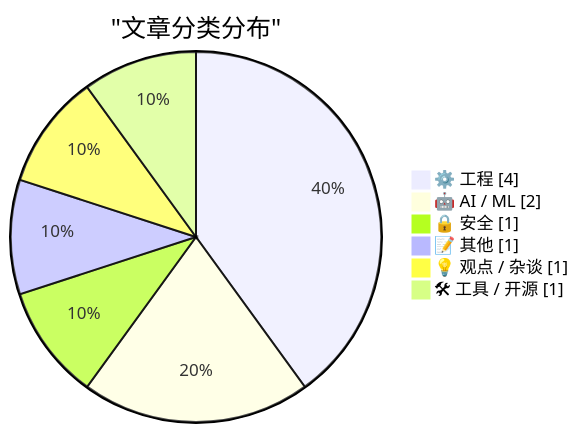
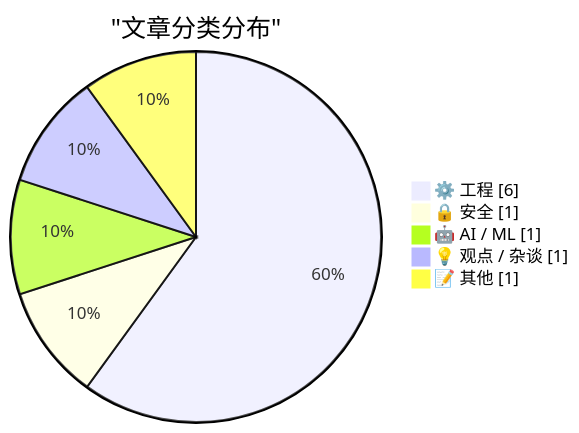
One commit to originem0/SZBlog changed the first of 2 diagrams in content/ai-daily/2026-03-27.md. Above: the diagram before and after it, drawn with Mermaid. The commit also changed other lines of this file, not shown here.

````diff
--- a/content/ai-daily/2026-03-27.md
+++ b/content/ai-daily/2026-03-27.md
@@ -56,10 +56,9 @@
 ```mermaid
 pie showData
     title "文章分类分布"
-    "⚙️ 工程" : 4
-    "🤖 AI / ML" : 2
+    "⚙️ 工程" : 6
     "🔒 安全" : 1
+    "🤖 AI / ML" : 1
+    "💡 观点 / 杂谈" : 1
     "📝 其他" : 1
-    "💡 观点 / 杂谈" : 1
-    "🛠 工具 / 开源" : 1
 ```
````
